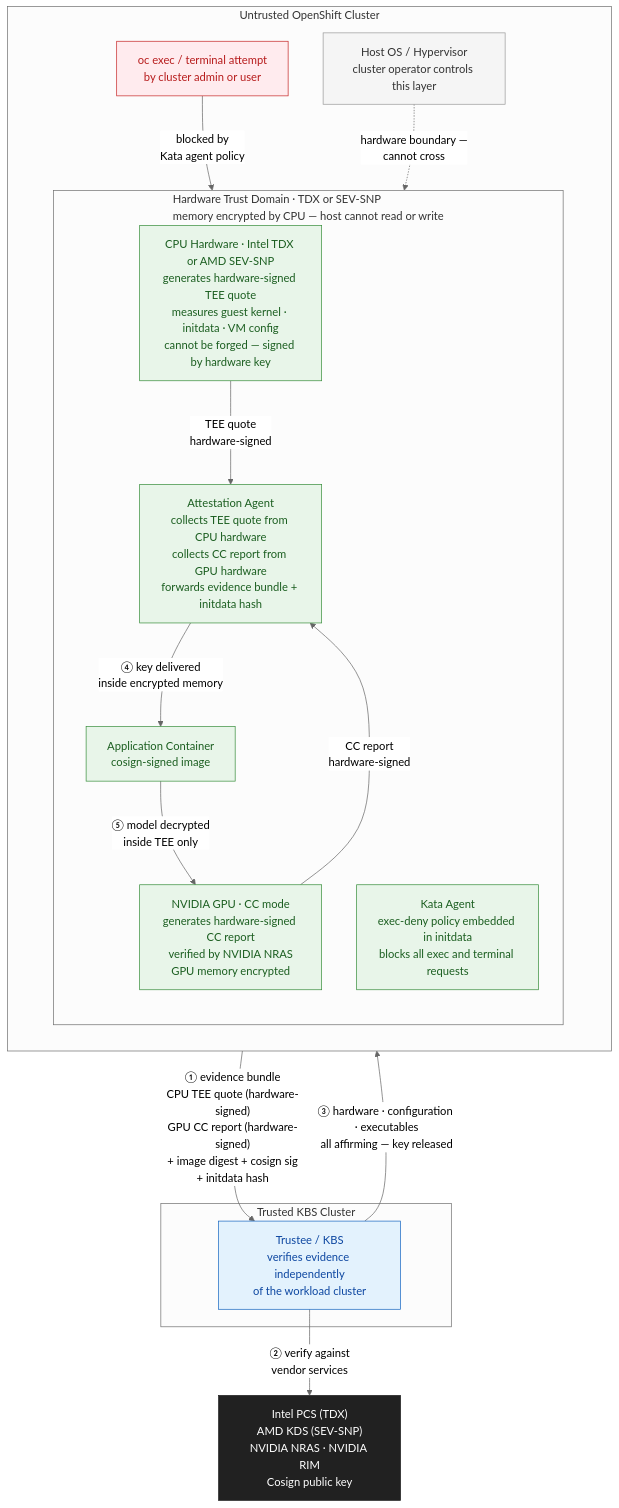
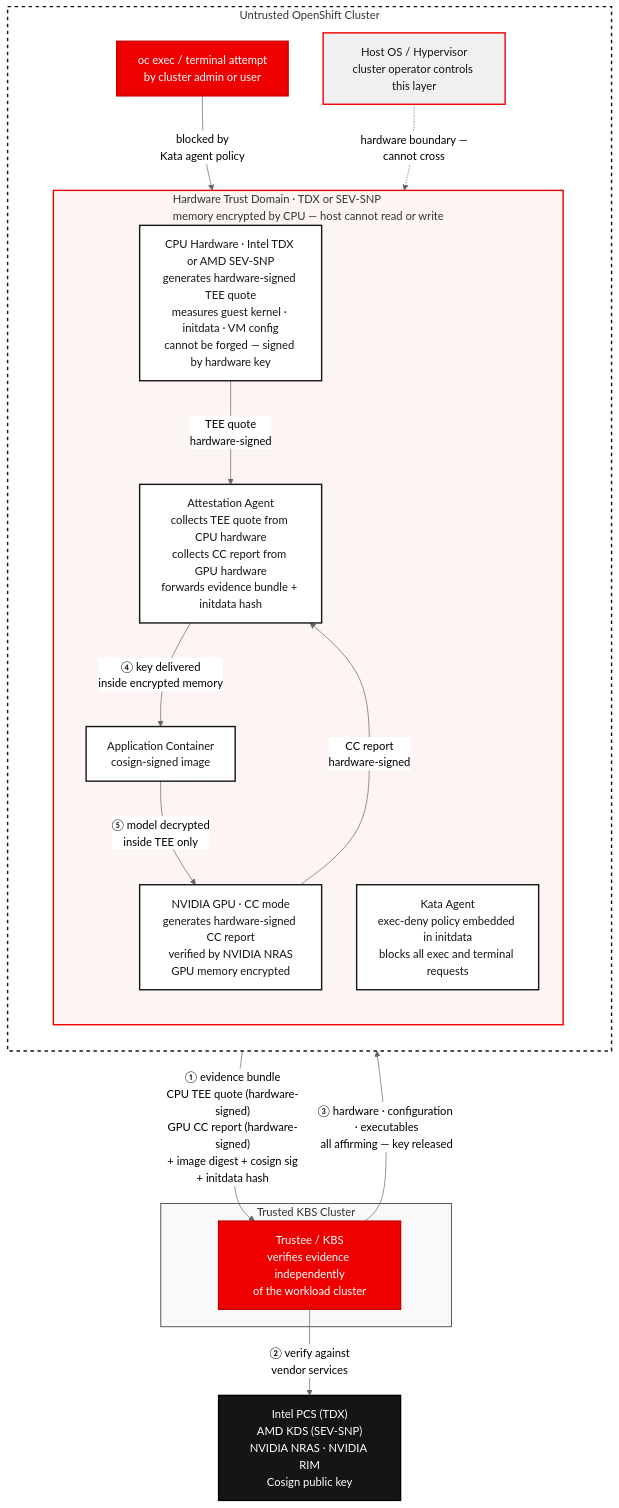
The first of 2 diagrams in README.md (lkatalin/confidential-gpu-accelerated-seismic-interpretation), drawn with Mermaid (neutral theme) before and after one commit. The commit also changed 3 other files, not shown here.

````diff
--- a/README.md
+++ b/README.md
@@ -93,38 +93,41 @@
 ```mermaid
 flowchart TB
-    classDef untrusted fill:#f5f5f5,stroke:#999,color:#333
-    classDef tee fill:#e8f5e9,stroke:#388e3c,color:#1b5e20
-    classDef trusted fill:#e3f2fd,stroke:#1565c0,color:#0d47a1
-    classDef external fill:#212121,stroke:#212121,color:#fff
-    classDef blocked fill:#ffebee,stroke:#c62828,color:#b71c1c
+    classDef default fill:#F0F0F0,stroke:#EE0000,stroke-width:2px,color:#151515
+    classDef rhRed fill:#EE0000,stroke:#C90000,stroke-width:2px,color:#FFFFFF
+    classDef rhBlack fill:#151515,stroke:#000000,stroke-width:2px,color:#FFFFFF
+    classDef rhOutline fill:#FFFFFF,stroke:#151515,stroke-width:2px,color:#151515
 
     subgraph UC["Untrusted OpenShift Cluster"]
         direction TB
-        Host["Host OS / Hypervisor\ncluster operator controls this layer"]:::untrusted
-        ExecAttempt["oc exec / terminal attempt\nby cluster admin or user"]:::blocked
+        Host["Host OS / Hypervisor\ncluster operator controls this layer"]:::default
+        ExecAttempt["oc exec / terminal attempt\nby cluster admin or user"]:::rhRed
         subgraph TEE["Hardware Trust Domain · TDX or SEV-SNP\nmemory encrypted by CPU — host cannot read or write"]
             direction TB
-            CPU["CPU Hardware · Intel TDX or AMD SEV-SNP\ngenerates hardware-signed TEE quote\nmeasures guest kernel · initdata · VM config\ncannot be forged — signed by hardware key"]:::tee
-            KataAgent["Kata Agent\nexec-deny policy embedded in initdata\nblocks all exec and terminal requests"]:::tee
-            AA["Attestation Agent\ncollects TEE quote from CPU hardware\ncollects CC report from GPU hardware\nforwards evidence bundle + initdata hash"]:::tee
-            App["Application Container\ncosign-signed image"]:::tee
-            GPU["NVIDIA GPU · CC mode\ngenerates hardware-signed CC report\nverified by NVIDIA NRAS\nGPU memory encrypted"]:::tee
+            CPU["CPU Hardware · Intel TDX or AMD SEV-SNP\ngenerates hardware-signed TEE quote\nmeasures guest kernel · initdata · VM config\ncannot be forged — signed by hardware key"]:::rhOutline
+            KataAgent["Kata Agent\nexec-deny policy embedded in initdata\nblocks all exec and terminal requests"]:::rhOutline
+            AA["Attestation Agent\ncollects TEE quote from CPU hardware\ncollects CC report from GPU hardware\nforwards evidence bundle + initdata hash"]:::rhOutline
+            App["Application Container\ncosign-signed image"]:::rhOutline
+            GPU["NVIDIA GPU · CC mode\ngenerates hardware-signed CC report\nverified by NVIDIA NRAS\nGPU memory encrypted"]:::rhOutline
             CPU -- "TEE quote\nhardware-signed" --> AA
             GPU -- "CC report\nhardware-signed" --> AA
         end
         Host -. "hardware boundary —\ncannot cross" .-> TEE
         ExecAttempt -- "blocked by\nKata agent policy" --> KataAgent
     end
 
     subgraph KC["Trusted KBS Cluster"]
-        KBS["Trustee / KBS\nverifies evidence independently\nof the workload cluster"]:::trusted
+        KBS["Trustee / KBS\nverifies evidence independently\nof the workload cluster"]:::rhRed
     end
 
-    Intel["Intel PCS (TDX)\nAMD KDS (SEV-SNP)\nNVIDIA NRAS · NVIDIA RIM\nCosign public key"]:::external
+    Intel["Intel PCS (TDX)\nAMD KDS (SEV-SNP)\nNVIDIA NRAS · NVIDIA RIM\nCosign public key"]:::rhBlack
 
     AA -- "① evidence bundle\nCPU TEE quote (hardware-signed)\nGPU CC report (hardware-signed)\n+ image digest + cosign sig\n+ initdata hash" --> KBS
     KBS -- "② verify against\nvendor services" --> Intel
     KBS -- "③ hardware · configuration · executables\nall affirming — key released" --> AA
     AA -- "④ key delivered\ninside encrypted memory" --> App
     App -- "⑤ model decrypted\ninside TEE only" --> GPU
+
+    style UC fill:#ffffff,stroke:#151515,stroke-width:2px,stroke-dasharray: 5 5
+    style TEE fill:#fdf4f4,stroke:#EE0000,stroke-width:2px
+    style KC fill:#f9f9f9,stroke:#151515,stroke-width:1px
 ```
````
